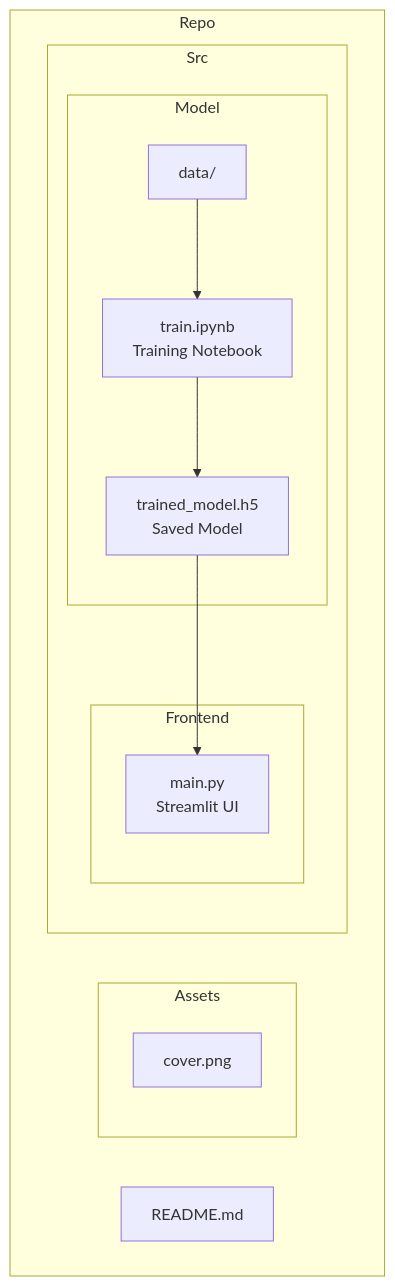
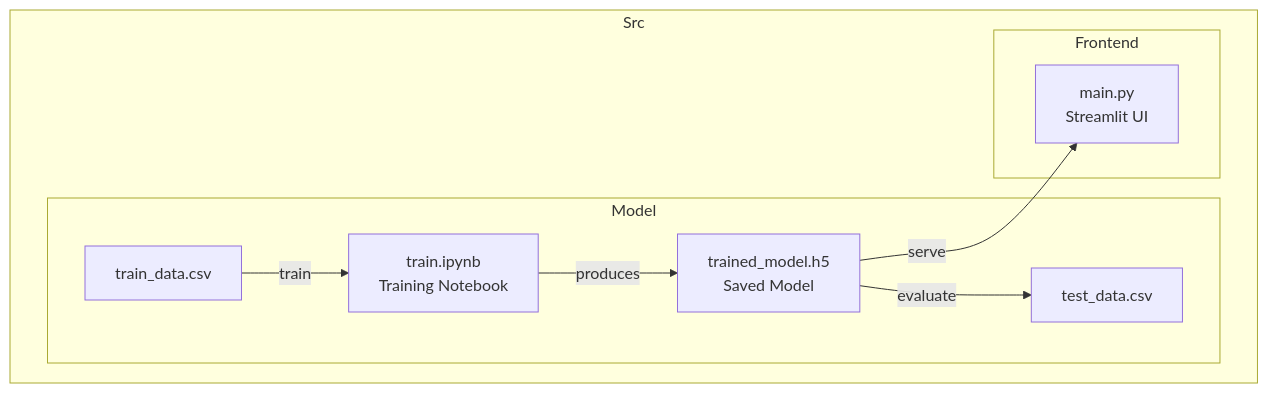
One commit to Giulio-grt/Digit-Recognition-using-Neural-networks changed the diagram in README.md. Above: the diagram before and after it, drawn with Mermaid. The commit also changed other lines of this file, not shown here.

Commit message:
minor tweaks to Project architecture for clarity

````diff
--- a/README.md
+++ b/README.md
@@ -39,22 +44,19 @@
 ```mermaid
 flowchart TB
-    subgraph Repo
-        R[README.md]
-        subgraph Assets
-            A[cover.png]
+    subgraph Src
+        subgraph Model
+            D1[train_data.csv]
+            D2[test_data.csv]
+            T[train.ipynb<br/>Training Notebook]
+            M[trained_model.h5<br/>Saved Model]
         end
-        subgraph Src
-            subgraph Frontend
-                F[main.py<br/>Streamlit UI]
-            end
-            subgraph Model
-                D[data/]
-                T[train.ipynb<br/>Training Notebook]
-                M[trained_model.h5<br/>Saved Model]
-            end
+        subgraph Frontend
+            F[main.py<br/>Streamlit UI]
         end
     end
 
-    %% Flow
-    D --> T --> M --> F
+    %% Workflow with labels
+    D1 -- "train" --> T -- "produces" --> M
+    M -- "evaluate" --> D2
+    M -- "serve" --> F
 ```
````
